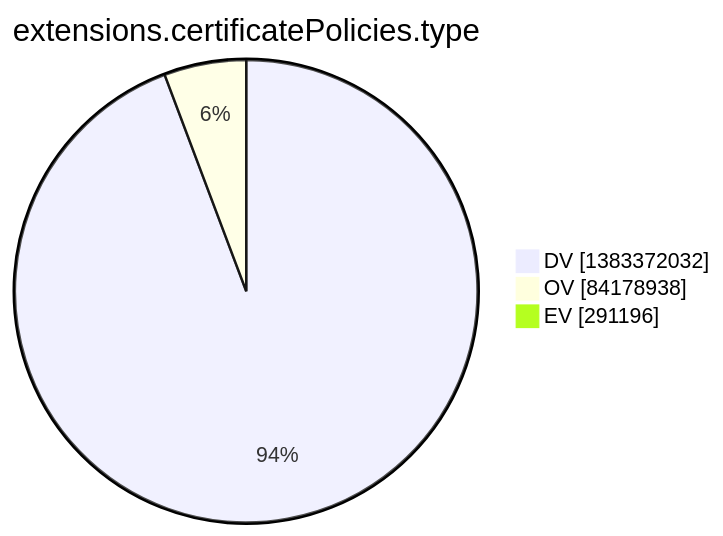
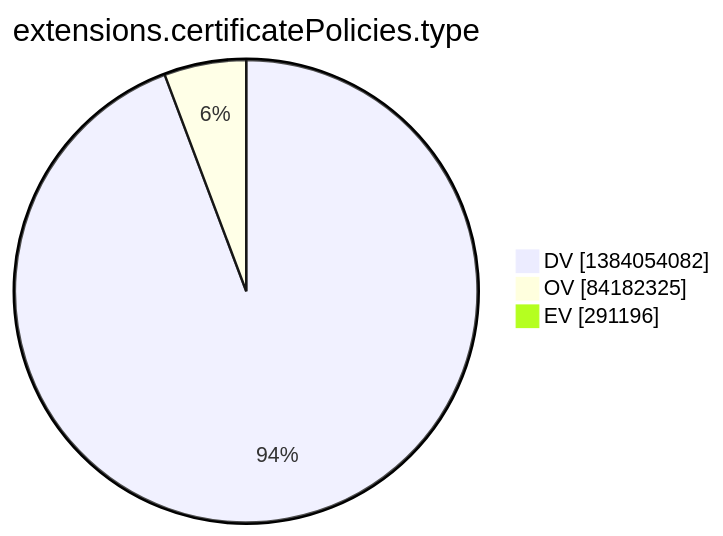
One commit to christiankrug/ctmonitor_visualization changed the tenth of 15 diagrams in argon2022/README.md. Above: the diagram before and after it, drawn with Mermaid. The commit also changed other lines of this file, not shown here.

````diff
--- a/argon2022/README.md
+++ b/argon2022/README.md
@@ -2773,7 +2773,7 @@
 ```mermaid
 pie showData
 title extensions.certificatePolicies.type
-"DV" :1383372032
-"OV" :84178938
+"DV" :1384054082
+"OV" :84182325
 "EV" :291196
 ```
````
